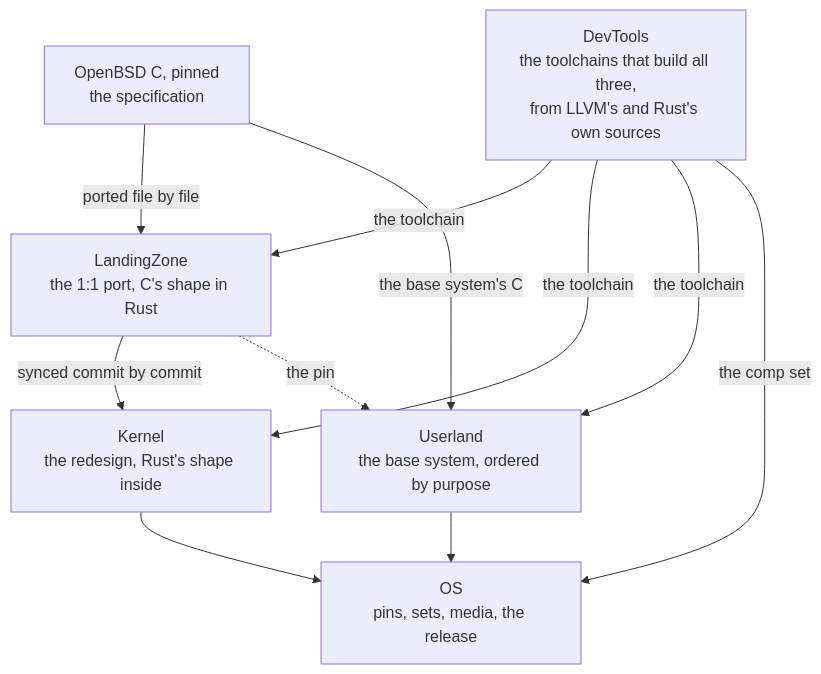
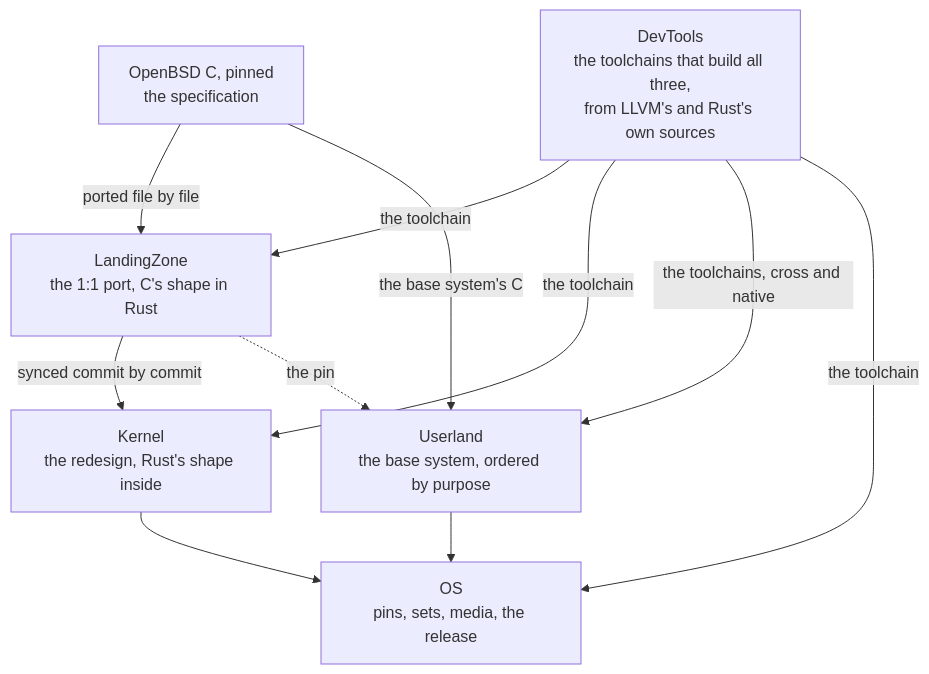
One commit to EmiBSD/Website changed the diagram in _diagrams/pipeline.mmd. Above: the diagram before and after it, drawn with Mermaid. The commit also changed 3 other files, not shown here.

First line of the commit message:
process: the pipeline's DevTools labels, the toolchain to OS, cross and native to Userland

```diff
--- a/_diagrams/pipeline.mmd
+++ b/_diagrams/pipeline.mmd
@@ -1,20 +1,20 @@
 %% The pipeline, as docs/architecture.md of Governance draws it. Rendered by tools/diagrams.sh
 %% into assets/img/pipeline.svg and pipeline-dark.svg; process.md shows them with <picture>.
 flowchart TB
     obsd["OpenBSD C, pinned<br/>the specification"]
     lz["LandingZone<br/>the 1:1 port, C's shape in Rust"]
     k["Kernel<br/>the redesign, Rust's shape inside"]
     ul["Userland<br/>the base system, ordered by purpose"]
     dev["DevTools<br/>the toolchains that build all three,<br/>from LLVM's and Rust's own sources"]
     os["OS<br/>pins, sets, media, the release"]
 
     obsd -- "ported file by file" --> lz
     lz -- "synced commit by commit" --> k
     obsd -- "the base system's C" --> ul
     lz -. "the pin" .-> ul
     dev -- "the toolchain" --> lz
     dev -- "the toolchain" --> k
-    dev -- "the toolchain" --> ul
+    dev -- "the toolchains, cross and native" --> ul
     k --> os
     ul --> os
-    dev -- "the comp set" --> os
+    dev -- "the toolchain" --> os
```
